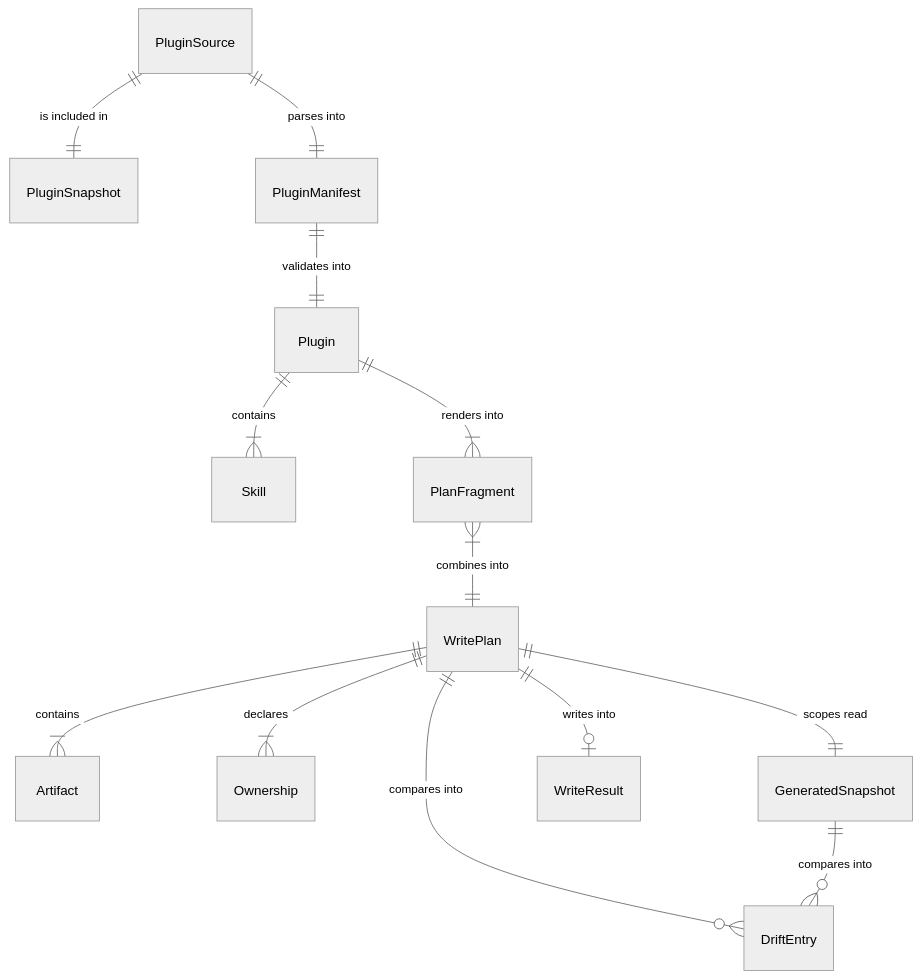
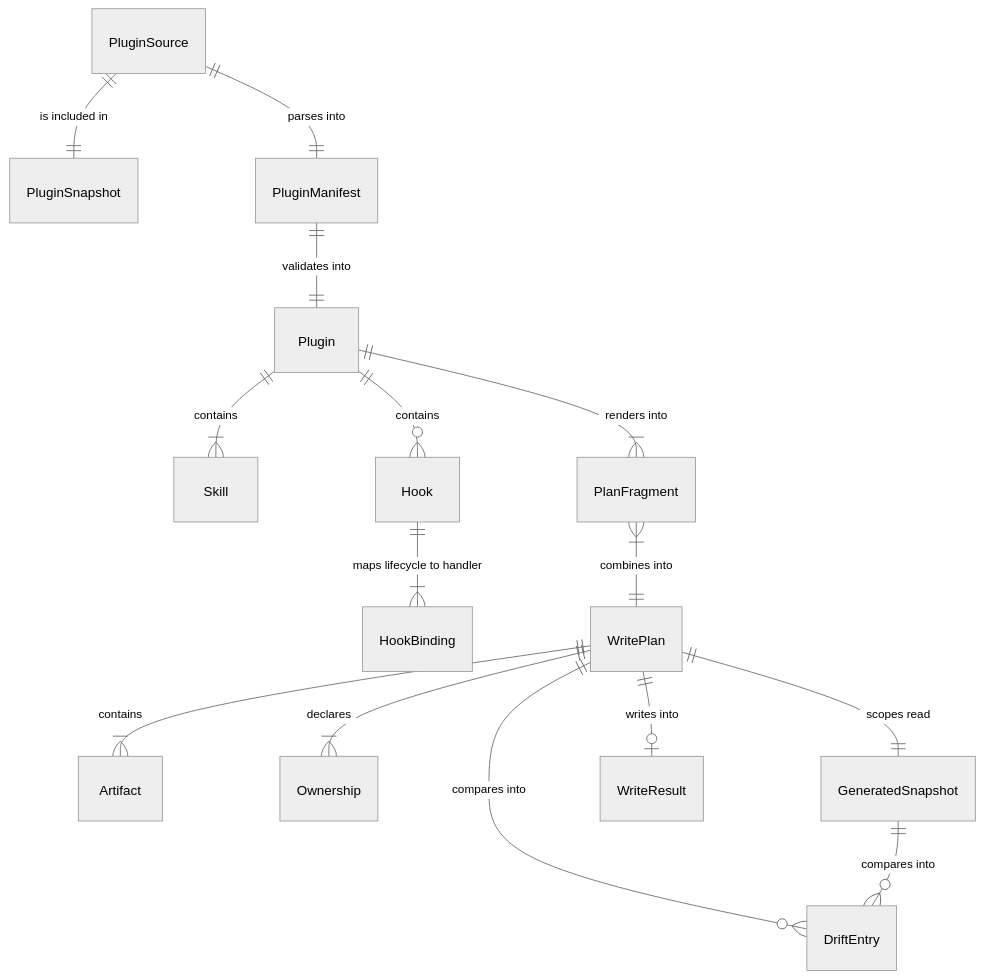
The third of 9 diagrams in docs/ARCHITECTURE.md (fam-tung-lam/ptlam-agent-plugin-compiler), drawn with Mermaid (neutral theme) before and after one commit. The commit also changed other lines of this file and 65 other files, not shown here.

````diff
--- a/docs/ARCHITECTURE.md
+++ b/docs/ARCHITECTURE.md
@@ -173,19 +178,21 @@
 ```mermaid
 ---
 config:
   htmlLabels: false
 ---
 erDiagram
     PluginSource ||--|| PluginSnapshot : "is included in"
     PluginSource ||--|| PluginManifest : "parses into"
     PluginManifest ||--|| Plugin : "validates into"
     Plugin ||--|{ Skill : "contains"
+    Plugin ||--o{ Hook : "contains"
+    Hook ||--|{ HookBinding : "maps lifecycle to handler"
     Plugin ||--|{ PlanFragment : "renders into"
     PlanFragment }|--|| WritePlan : "combines into"
     WritePlan ||--|{ Artifact : "contains"
     WritePlan ||--|{ Ownership : "declares"
     WritePlan ||--|| GeneratedSnapshot : "scopes read"
     WritePlan ||--o{ DriftEntry : "compares into"
     GeneratedSnapshot ||--o{ DriftEntry : "compares into"
     WritePlan ||--o| WriteResult : "writes into"
 ```
````
